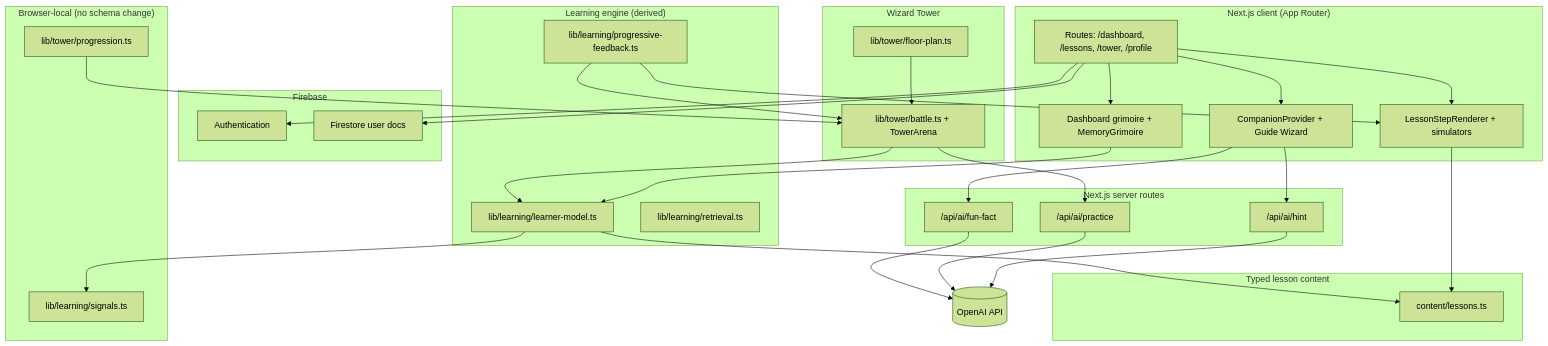
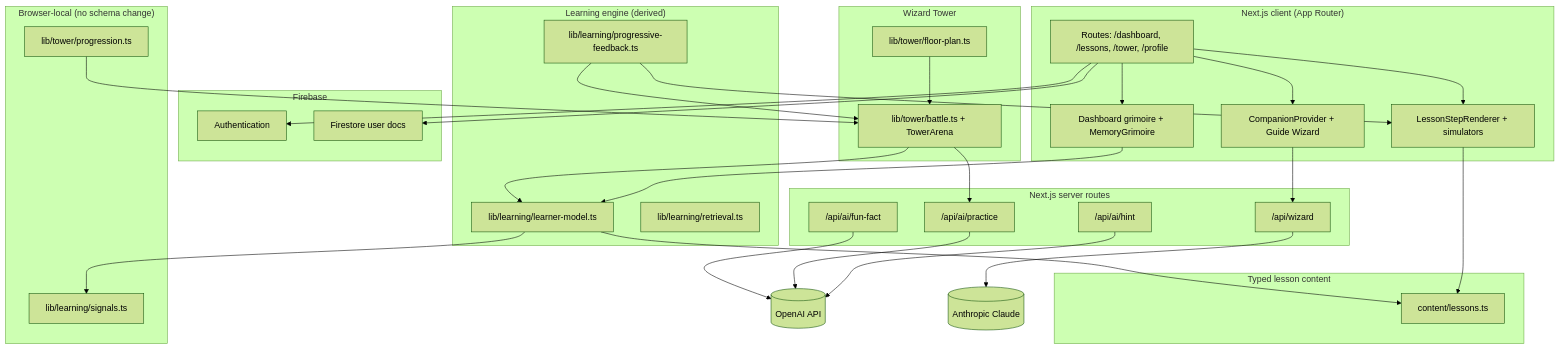
The diagram in README.md (claire-mao/brilliant-quantum), drawn with Mermaid (forest theme) before and after one commit. The commit also changed other lines of this file and 7 other files, not shown here.

````diff
--- a/README.md
+++ b/README.md
@@ -34,61 +34,62 @@
 ```mermaid
 flowchart TB
   subgraph Client["Next.js client (App Router)"]
     Pages["Routes: /dashboard, /lessons, /tower, /profile"]
     Renderer["LessonStepRenderer + simulators"]
     Companion["CompanionProvider + Guide Wizard"]
     LearnerUI["Dashboard grimoire + MemoryGrimoire"]
   end
 
   subgraph Content["Typed lesson content"]
     Lessons["content/lessons.ts"]
   end
 
   subgraph Local["Browser-local (no schema change)"]
     Signals["lib/learning/signals.ts"]
     TowerStore["lib/tower/progression.ts"]
   end
 
   subgraph Server["Next.js server routes"]
     Hint["/api/ai/hint"]
     Practice["/api/ai/practice"]
     FunFact["/api/ai/fun-fact"]
+    Wizard["/api/wizard"]
   end
 
   subgraph Firebase["Firebase"]
     Auth["Authentication"]
     Firestore["Firestore user docs"]
   end
 
   subgraph Learning["Learning engine (derived)"]
     Model["lib/learning/learner-model.ts"]
     Feedback["lib/learning/progressive-feedback.ts"]
     Retrieval["lib/learning/retrieval.ts"]
   end
 
   subgraph Tower["Wizard Tower"]
     FloorPlan["lib/tower/floor-plan.ts"]
     Battle["lib/tower/battle.ts + TowerArena"]
   end
 
   Pages --> Renderer
   Pages --> Companion
   Pages --> LearnerUI
   Renderer --> Lessons
   LearnerUI --> Model
   Model --> Signals
   Model --> Lessons
   Feedback --> Renderer
   Feedback --> Battle
   TowerStore --> Battle
   FloorPlan --> Battle
   Battle --> Model
   Battle --> Practice
-  Companion --> Hint
-  Companion --> FunFact
+  Companion --> Wizard
   Pages --> Auth
   Pages --> Firestore
   Hint --> OpenAI[(OpenAI API)]
   Practice --> OpenAI
   FunFact --> OpenAI
+  Wizard --> Claude[(Anthropic Claude)]
 ```
````
